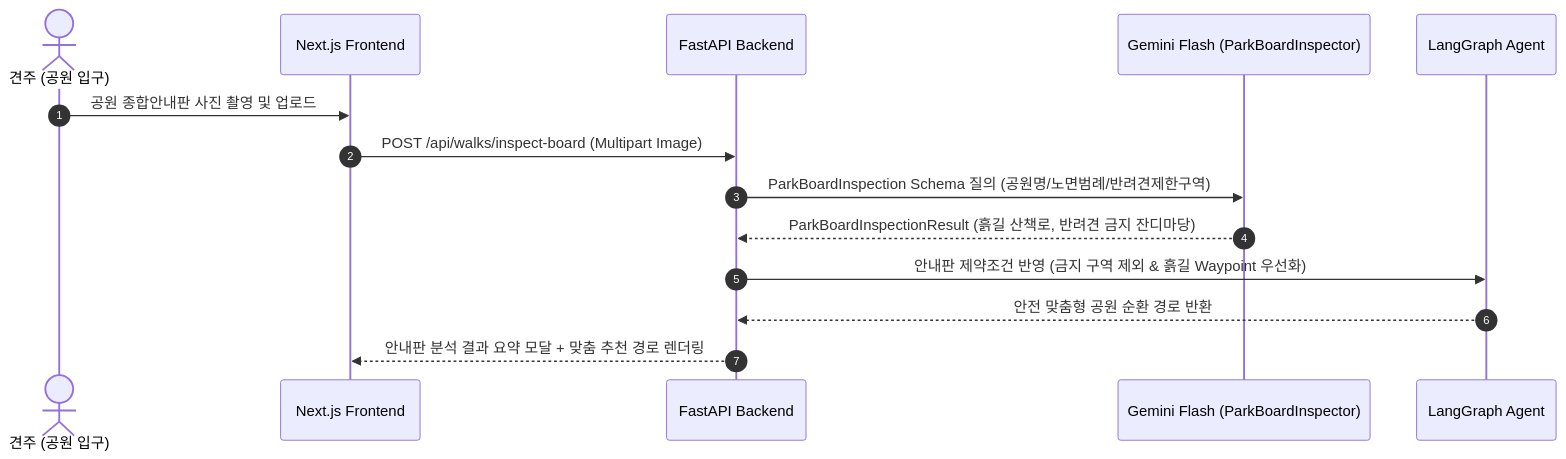
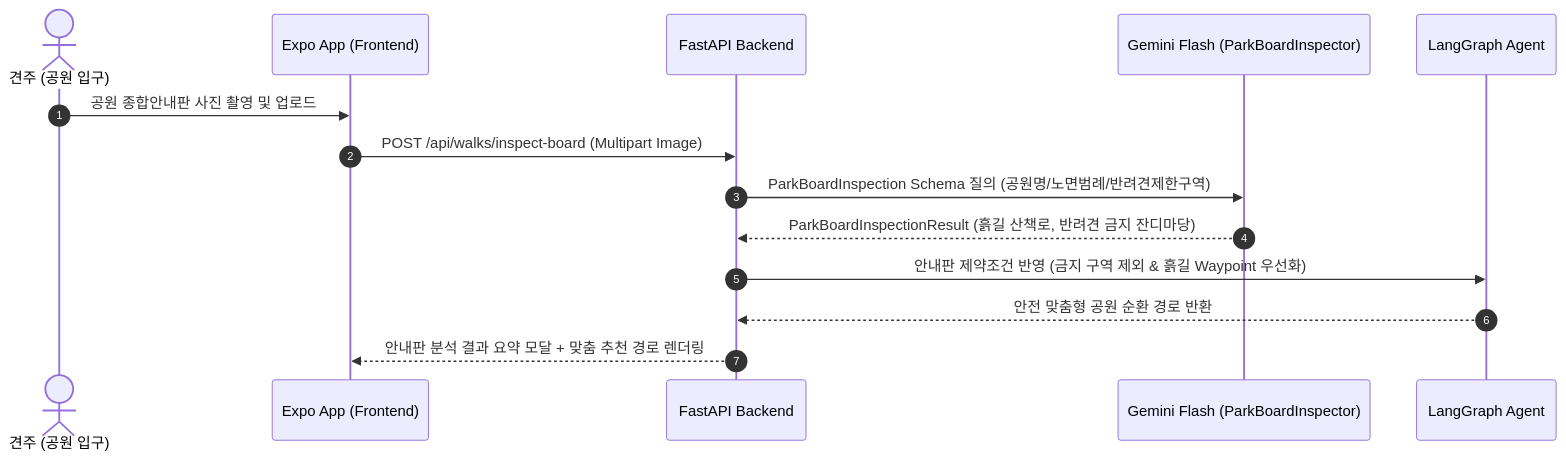
One commit to gigantess/PawTrail changed the fifth of 6 diagrams in docs/04_PawTrail_Architecture_Design.md. Above: the diagram before and after it, drawn with Mermaid. The commit also changed other lines of this file and 27 other files, not shown here.

````diff
--- a/docs/04_PawTrail_Architecture_Design.md
+++ b/docs/04_PawTrail_Architecture_Design.md
@@ -358,17 +374,17 @@
 ```mermaid
 sequenceDiagram
     autonumber
     actor User as 견주 (공원 입구)
-    participant Front as Next.js Frontend
+    participant Front as Expo App (Frontend)
     participant API as FastAPI Backend
     participant Vision as Gemini Flash (ParkBoardInspector)
     participant Agent as LangGraph Agent
 
     User->>Front: 공원 종합안내판 사진 촬영 및 업로드
     Front->>API: POST /api/walks/inspect-board (Multipart Image)
     API->>Vision: ParkBoardInspection Schema 질의 (공원명/노면범례/반려견제한구역)
     Vision-->>API: ParkBoardInspectionResult (흙길 산책로, 반려견 금지 잔디마당)
     API->>Agent: 안내판 제약조건 반영 (금지 구역 제외 & 흙길 Waypoint 우선화)
     Agent-->>API: 안전 맞춤형 공원 순환 경로 반환
     API-->>Front: 안내판 분석 결과 요약 모달 + 맞춤 추천 경로 렌더링
 ```
````
